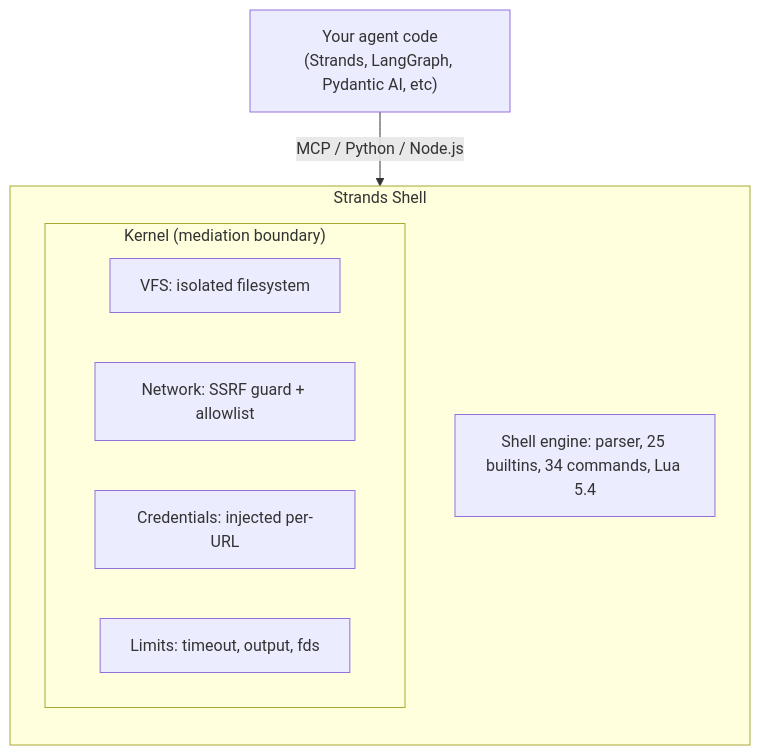
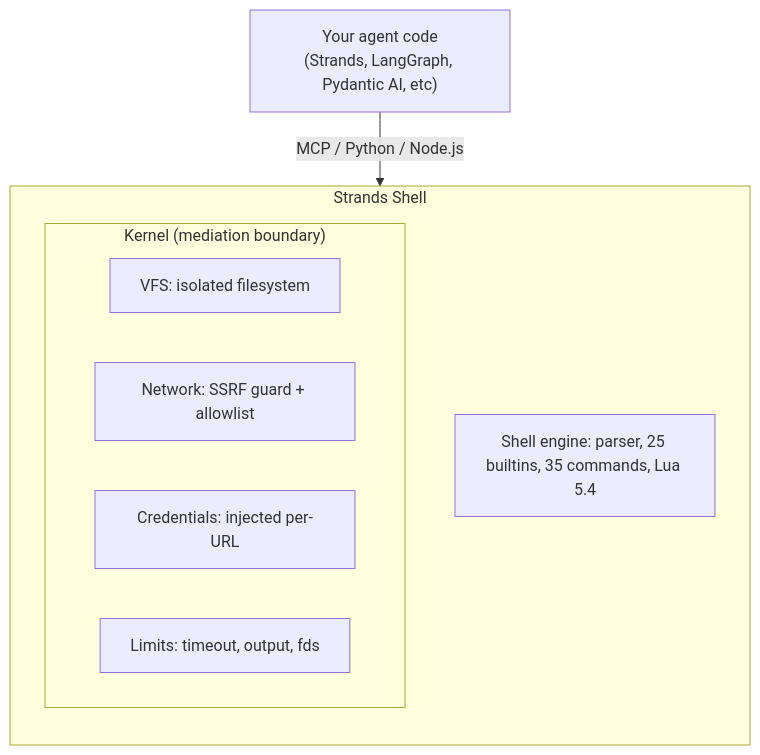
One commit to strands-agents/shell changed the diagram in README.md. Above: the diagram before and after it, drawn with Mermaid. The commit also changed other lines of this file and 14 other files, not shown here.

````diff
--- a/README.md
+++ b/README.md
@@ -105,16 +105,16 @@
 ```mermaid
 flowchart TB
     agent["Your agent code\n(Strands, LangGraph, Pydantic AI, etc)"]
     agent -->|"MCP / Python / Node.js"| shell
 
     subgraph shell ["Strands Shell"]
         direction TB
         subgraph kernel ["Kernel (mediation boundary)"]
             vfs["VFS: isolated filesystem"]
             net["Network: SSRF guard + allowlist"]
             creds["Credentials: injected per-URL"]
             limits["Limits: timeout, output, fds"]
         end
-        engine["Shell engine: parser, 25 builtins, 34 commands, Lua 5.4"]
+        engine["Shell engine: parser, 25 builtins, 35 commands, Lua 5.4"]
     end
 ```
````
